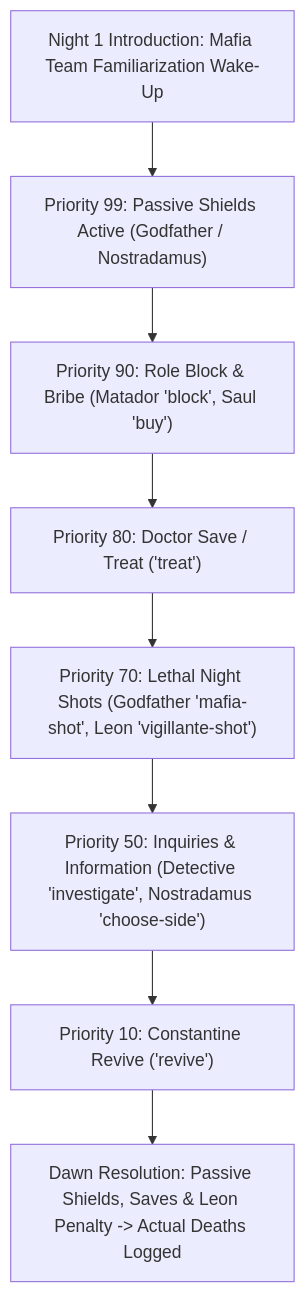
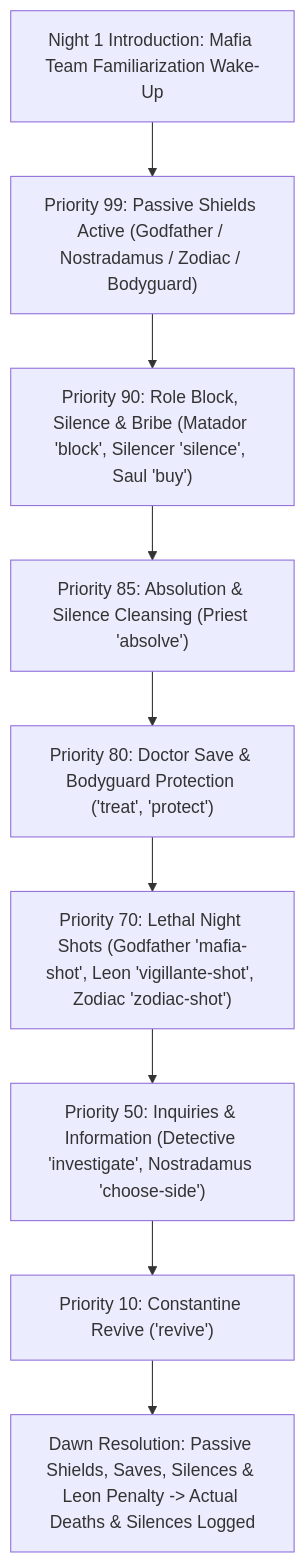
Before and after one commit to aheristchian/mpga: the diagram in docs/rules.md, drawn with Mermaid. The commit also changed other lines of this file and 21 other files, not shown here.

````diff
--- a/docs/rules.md
+++ b/docs/rules.md
@@ -92,13 +107,14 @@
 ```mermaid
 flowchart TD
     N1["Night 1 Introduction: Mafia Team Familiarization Wake-Up"]
-    P99["Priority 99: Passive Shields Active (Godfather / Nostradamus)"]
-    P90["Priority 90: Role Block & Bribe (Matador 'block', Saul 'buy')"]
-    P80["Priority 80: Doctor Save / Treat ('treat')"]
-    P70["Priority 70: Lethal Night Shots (Godfather 'mafia-shot', Leon 'vigillante-shot')"]
+    P99["Priority 99: Passive Shields Active (Godfather / Nostradamus / Zodiac / Bodyguard)"]
+    P90["Priority 90: Role Block, Silence & Bribe (Matador 'block', Silencer 'silence', Saul 'buy')"]
+    P85["Priority 85: Absolution & Silence Cleansing (Priest 'absolve')"]
+    P80["Priority 80: Doctor Save & Bodyguard Protection ('treat', 'protect')"]
+    P70["Priority 70: Lethal Night Shots (Godfather 'mafia-shot', Leon 'vigillante-shot', Zodiac 'zodiac-shot')"]
     P50["Priority 50: Inquiries & Information (Detective 'investigate', Nostradamus 'choose-side')"]
     P10["Priority 10: Constantine Revive ('revive')"]
-    DEATHS["Dawn Resolution: Passive Shields, Saves & Leon Penalty -> Actual Deaths Logged"]
+    DEATHS["Dawn Resolution: Passive Shields, Saves, Silences & Leon Penalty -> Actual Deaths & Silences Logged"]
 
-    N1 --> P99 --> P90 --> P80 --> P70 --> P50 --> P10 --> DEATHS
+    N1 --> P99 --> P90 --> P85 --> P80 --> P70 --> P50 --> P10 --> DEATHS
 ```
````
